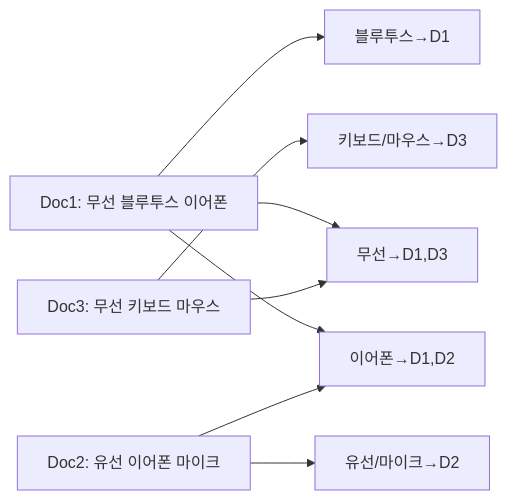
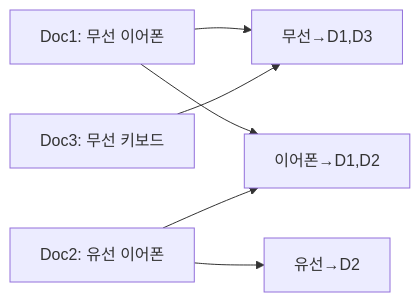
One commit to yjkim2015/yjkim2015.github.io changed the first of 7 diagrams in _posts/nosql/2026-05-03-elasticsearch-deep.md. Above: the diagram before and after it, drawn with Mermaid. The commit also changed other lines of this file and 163 other files, not shown here.

First line of the commit message:
Mermaid 300개 블록 내용 축소: 5노드 5엣지 이하, 의미 있는 약어

````diff
--- a/_posts/nosql/2026-05-03-elasticsearch-deep.md
+++ b/_posts/nosql/2026-05-03-elasticsearch-deep.md
@@ -24,6 +24,8 @@
 ```mermaid
-flowchart LR
-    D1["Doc1: 무선 블루투스 이어폰"] --> T1["무선→D1,D3"] & T2["이어폰→D1,D2"] & T3["블루투스→D1"]
-    D2["Doc2: 유선 이어폰 마이크"] --> T2 & T4["유선/마이크→D2"]
-    D3["Doc3: 무선 키보드 마우스"] --> T1 & T5["키보드/마우스→D3"]
+graph LR
+    D1["Doc1: 무선 이어폰"] --> T1["무선→D1,D3"]
+    D1 --> T2["이어폰→D1,D2"]
+    D2["Doc2: 유선 이어폰"] --> T2
+    D2 --> T4["유선→D2"]
+    D3["Doc3: 무선 키보드"] --> T1
 ```
````
